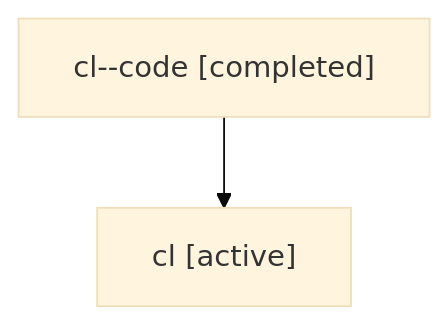
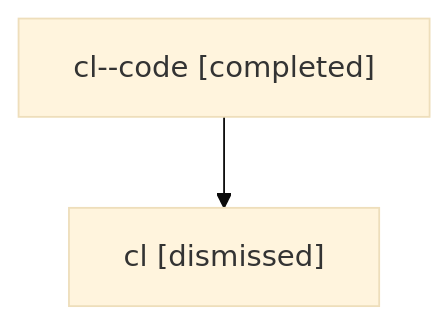
One commit to sase-org/sase--agents changed the diagram in sessions/bbugyi200.athena.cl.md. Above: the diagram before and after it, drawn with Mermaid (base theme). The commit also changed other lines of this file and 351 other files, not shown here.

````diff
--- a/sessions/bbugyi200.athena.cl.md
+++ b/sessions/bbugyi200.athena.cl.md
@@ -9,6 +9,6 @@
 ```mermaid
 flowchart TD
   n0["cl--code [completed]"]
-  n1["cl [active]"]
+  n1["cl [dismissed]"]
   n0 --> n1
 ```
````
